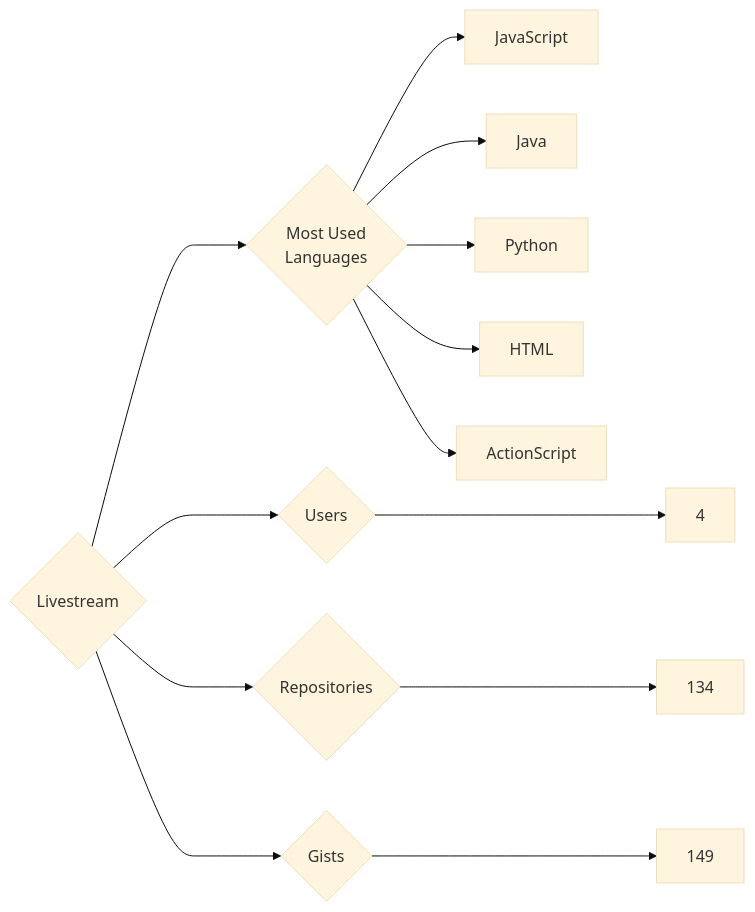
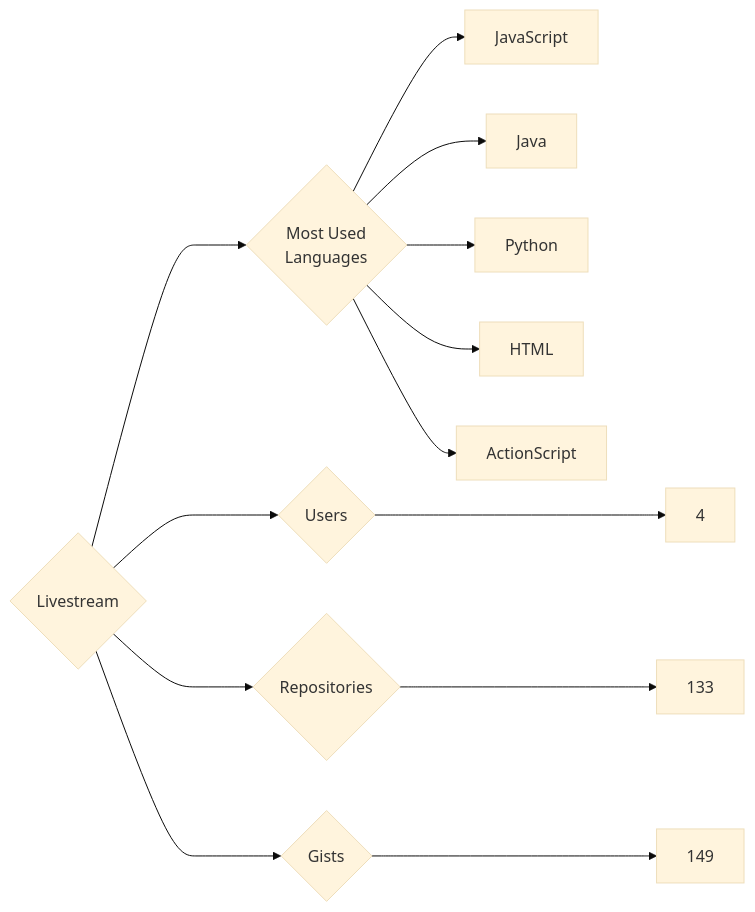
Before and after one commit to trickest/insiders: the diagram in targets/Livestream/README.md, drawn with Mermaid (base theme). The commit also changed 861 other files, not shown here.

````diff
--- a/targets/Livestream/README.md
+++ b/targets/Livestream/README.md
@@ -3,13 +3,13 @@
 ```mermaid
 graph LR
 COMPANY_NAME{Livestream}
 COMPANY_NAME ---> U{Users} ---> UN[4]
-COMPANY_NAME ---> R{Repositories} ---> RN[134]
+COMPANY_NAME ---> R{Repositories} ---> RN[133]
 COMPANY_NAME ---> G{Gists} ---> GN[149]
 COMPANY_NAME ---> ML{Most Used<br>Languages}
 ML --> JavaScript[JavaScript]
 ML --> Java[Java]
 ML --> Python[Python]
 ML --> HTML[HTML]
 ML --> ActionScript[ActionScript]
 ```
````
